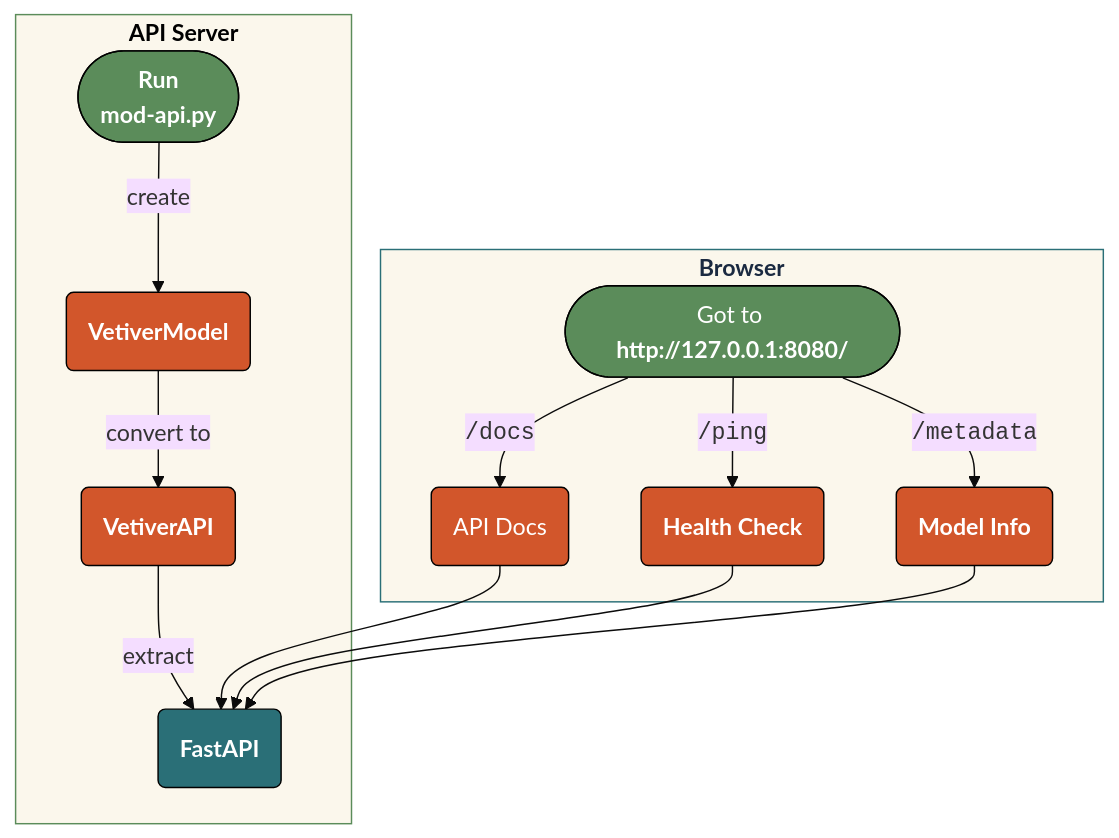
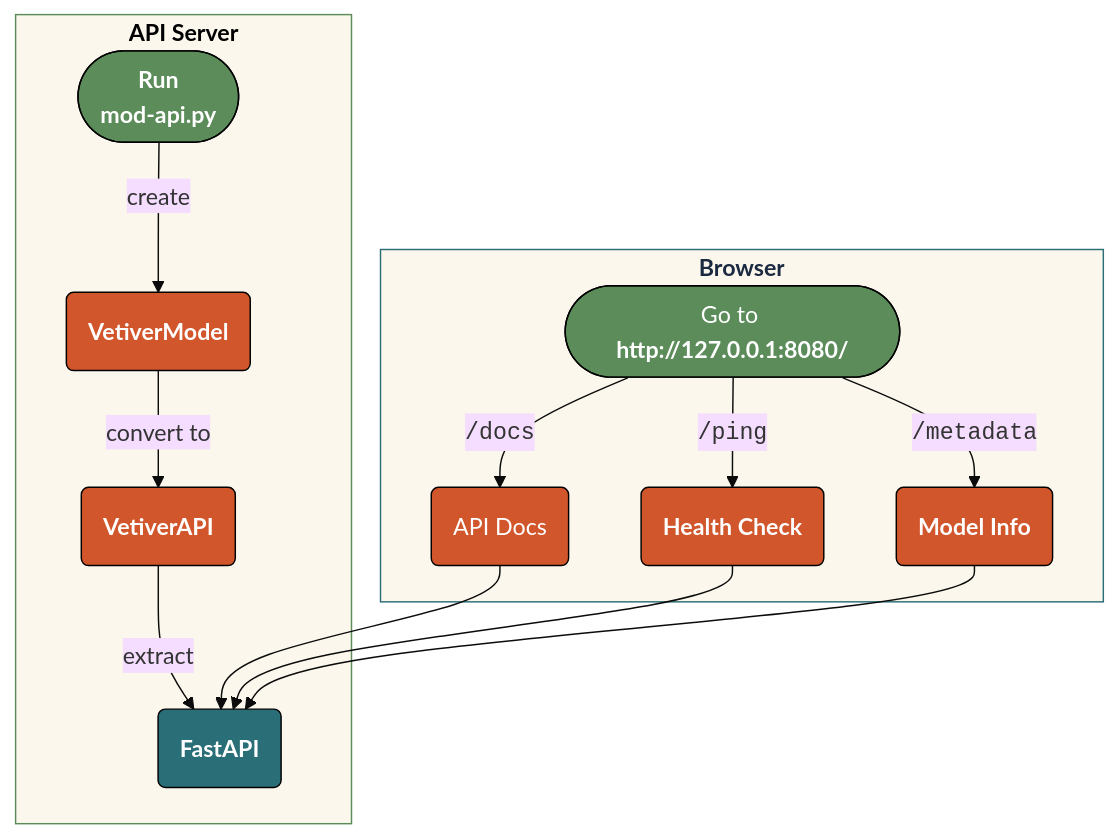
The first of 7 diagrams in py-app-api.qmd (mjfrigaard/do4ds-labs), drawn with Mermaid before and after one commit. The commit also changed other lines of this file and 15 other files, not shown here.

````diff
--- a/py-app-api.qmd
+++ b/py-app-api.qmd
@@ -64,35 +64,35 @@
 ```{mermaid}
 %%| fig-cap: 'Vetiver API creation'
 %%| fig-align: 'center'
 %%{init: {'theme': 'base', 'look': 'classic', 'themeVariables': {'fontFamily': 'monospace'}}}%%
 
 graph TD
     subgraph T1["<strong>API Server</strong>"]
         RunApi(["<strong>Run<br>mod-api.py</strong>"]) --"create"--> VetMod("<strong>VetiverModel</strong>")
         VetMod --"convert to"--> VetAPI("<strong>VetiverAPI</strong>")
         VetAPI --"extract"--> FastAPI("<strong>FastAPI</strong>")
     end
     
     style RunApi stroke-width:1px, rx:20, ry:20, font-size:16px
     
    subgraph Browse["<strong>Browser</strong>"]
-        Http(["`Got to <strong>http://</strong><strong>127.0.0.1:8080/</strong>`"]) --"<code>/docs</code>"--> Docs("API Docs")
+        Http(["`Go to <strong>http://</strong><strong>127.0.0.1:8080/</strong>`"]) --"<code>/docs</code>"--> Docs("API Docs")
         Http --"<code>/ping</code>"--> Health("<strong>Health Check</strong>")
         Http --"<code>/metadata</code>"--> Info("<strong>Model Info</strong>")
         Docs & Health & Info --> FastAPI
     end
     
     style T1 fill:#fbf7ec,stroke:#5B8C5A,color:#000000
     style RunApi fill:#5B8C5A,stroke:#000000,stroke-width:1px,color:#ffffff
     style VetMod fill:#D2562B,stroke:#000000,stroke-width:1px,color:#ffffff
     style VetAPI fill:#D2562B,stroke:#000000,stroke-width:1px,color:#ffffff
     style FastAPI fill:#2A6F77,stroke:#000000,stroke-width:1px,color:#ffffff
 
 
     style Browse fill:#fbf7ec,stroke:#2A6F77,color:#1B2A41
     style Http fill:#5B8C5A,stroke:#000000,stroke-width:1px,color:#ffffff
     style Docs fill:#D2562B,stroke:#000000,stroke-width:1px,color:#ffffff
     style Health fill:#D2562B,stroke:#000000,stroke-width:1px,color:#ffffff
     style Info fill:#D2562B,stroke:#000000,stroke-width:1px,color:#ffffff
 
 ```
````
